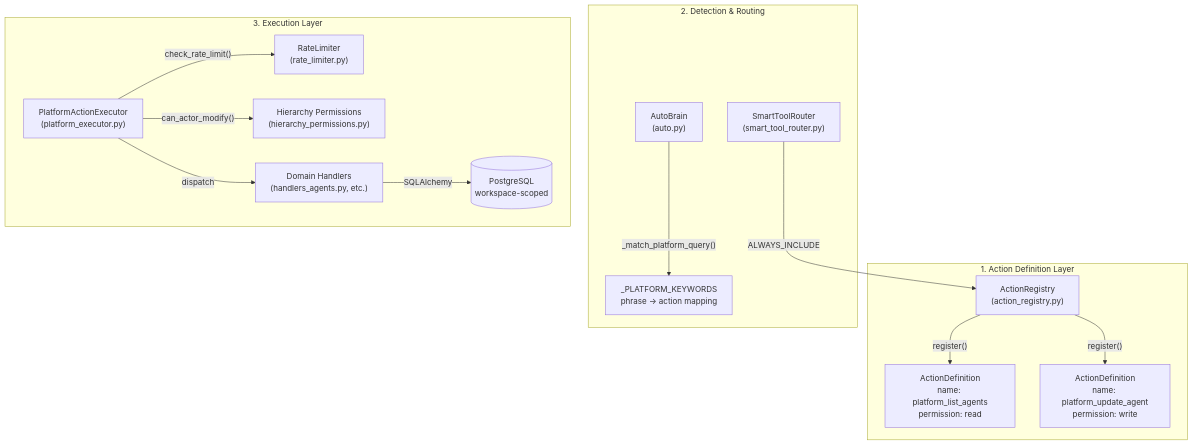
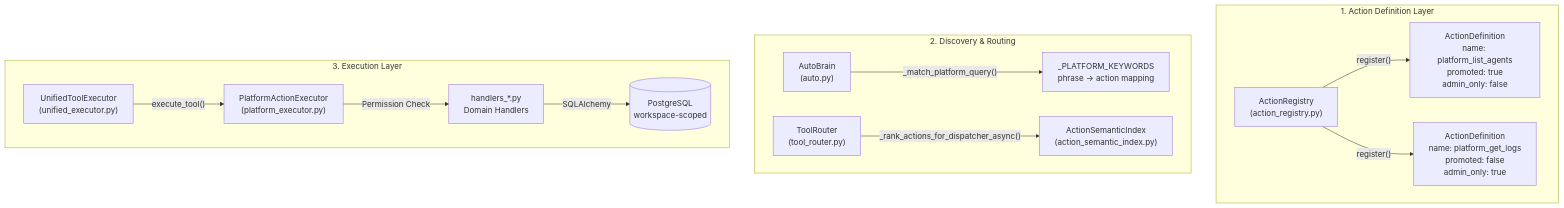
Before and after one commit to AutomatosAI/automatos-ai: the first of 3 diagrams in docs/platform-actions/platform-action-system.md, drawn with Mermaid. The commit also changed other lines of this file and 191 other files, not shown here.

````diff
--- a/docs/platform-actions/platform-action-system.md
+++ b/docs/platform-actions/platform-action-system.md
@@ -29,33 +48,32 @@
 ```mermaid
 graph TB
     subgraph "1. Action Definition Layer"
         Registry["ActionRegistry<br/>(action_registry.py)"]
-        Def1["ActionDefinition<br/>name: platform_list_agents<br/>permission: read"]
-        Def2["ActionDefinition<br/>name: platform_update_agent<br/>permission: write"]
+        Def1["ActionDefinition<br/>name: platform_list_agents<br/>promoted: true<br/>admin_only: false"]
+        Def2["ActionDefinition<br/>name: platform_get_logs<br/>promoted: false<br/>admin_only: true"]
         
         Registry -->|"register()"| Def1
         Registry -->|"register()"| Def2
     end
     
-    subgraph "2. Detection & Routing"
+    subgraph "2. Discovery & Routing"
         AutoBrain["AutoBrain<br/>(auto.py)"]
+        SemIndex["ActionSemanticIndex<br/>(action_semantic_index.py)"]
         Keywords["_PLATFORM_KEYWORDS<br/>phrase → action mapping"]
-        ToolRouter["SmartToolRouter<br/>(smart_tool_router.py)"]
+        ToolRouter["ToolRouter<br/>(tool_router.py)"]
         
         AutoBrain -->|"_match_platform_query()"| Keywords
-        ToolRouter -->|"ALWAYS_INCLUDE"| Registry
+        ToolRouter -->|"_rank_actions_for_dispatcher_async()"| SemIndex
     end
     
     subgraph "3. Execution Layer"
+        UnifiedExec["UnifiedToolExecutor<br/>(unified_executor.py)"]
         Executor["PlatformActionExecutor<br/>(platform_executor.py)"]
-        Handlers["Domain Handlers<br/>(handlers_agents.py, etc.)"]
-        Sec["Hierarchy Permissions<br/>(hierarchy_permissions.py)"]
-        Rate["RateLimiter<br/>(rate_limiter.py)"]
+        Handlers["handlers_*.py<br/>Domain Handlers"]
         DB[("PostgreSQL<br/>workspace-scoped")]
         
-        Executor -->|"check_rate_limit()"| Rate
-        Executor -->|"can_actor_modify()"| Sec
-        Executor -->|"dispatch"| Handlers
+        UnifiedExec -->|"execute_tool()"| Executor
+        Executor -->|"Permission Check"| Handlers
         Handlers -->|"SQLAlchemy"| DB
     end
 ```
````
